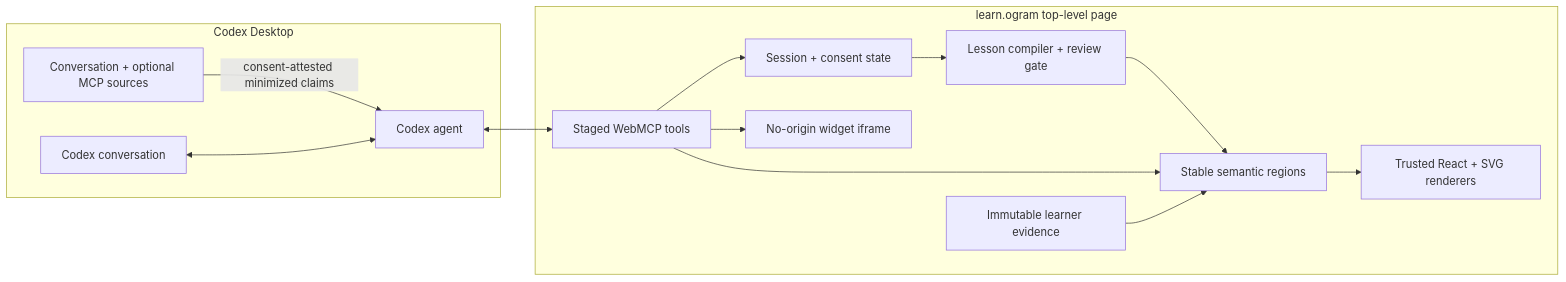
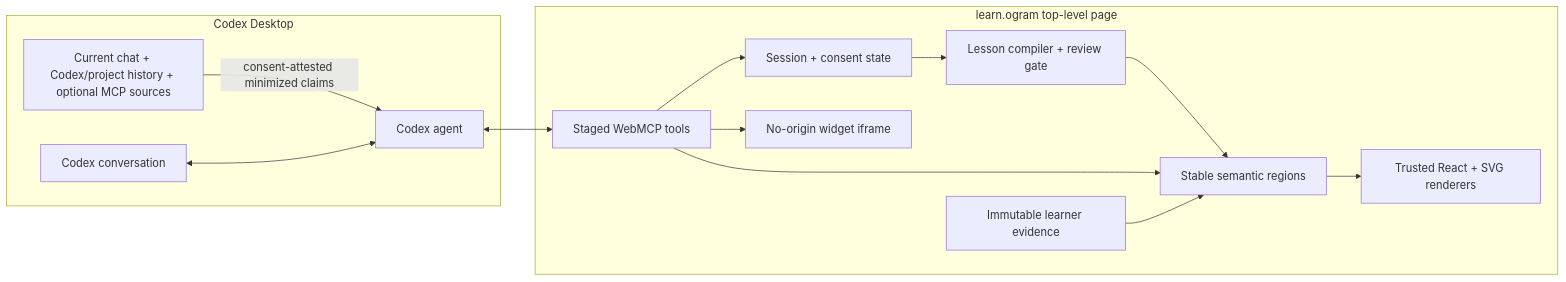
One commit to self-tech-labs/agentic-textbook changed the first of 2 diagrams in docs/architecture.md. Above: the diagram before and after it, drawn with Mermaid. The commit also changed other lines of this file and 17 other files, not shown here.

````diff
--- a/docs/architecture.md
+++ b/docs/architecture.md
@@ -7,26 +7,26 @@
 ```mermaid
 flowchart LR
   subgraph Host[Codex Desktop]
     Conversation[Codex conversation]
     Agent[Codex agent]
-    Sources[Conversation + optional MCP sources]
+    Sources[Current chat + Codex/project history + optional MCP sources]
   end
 
   subgraph Page[learn.ogram top-level page]
     Tools[Staged WebMCP tools]
     Session[Session + consent state]
     Compiler[Lesson compiler + review gate]
     Regions[Stable semantic regions]
     Renderers[Trusted React + SVG renderers]
     Sandbox[No-origin widget iframe]
     Evidence[Immutable learner evidence]
   end
 
   Sources -->|consent-attested minimized claims| Agent
   Conversation <--> Agent
   Agent <--> Tools
   Tools --> Session --> Compiler --> Regions --> Renderers
   Tools --> Regions
   Tools --> Sandbox
   Evidence --> Regions
 ```
````
